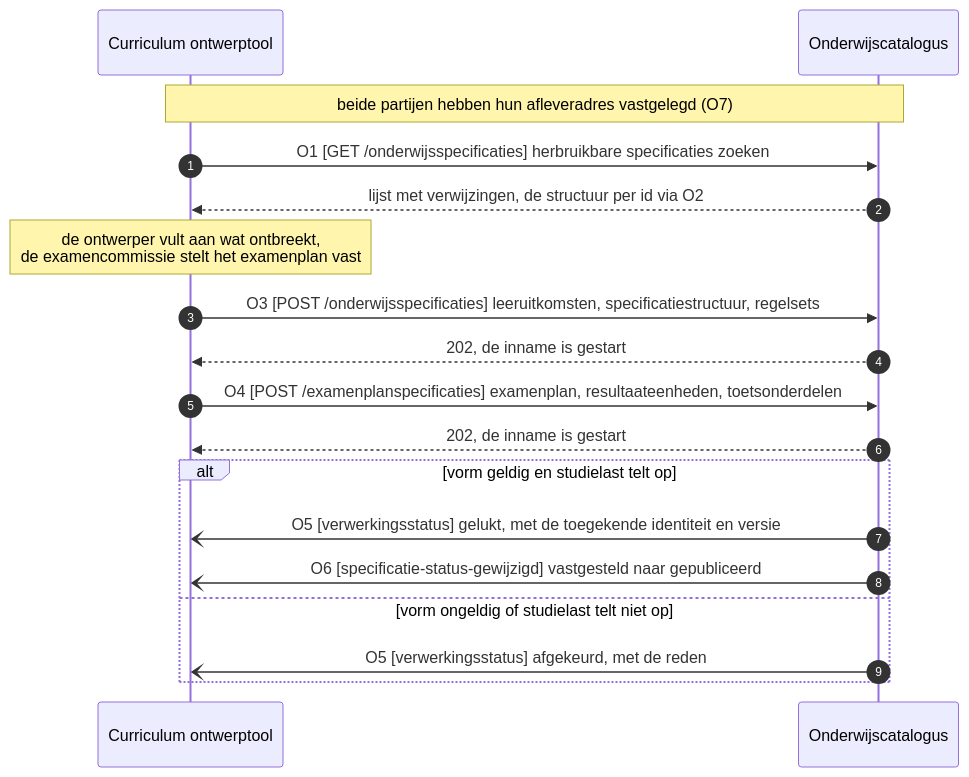
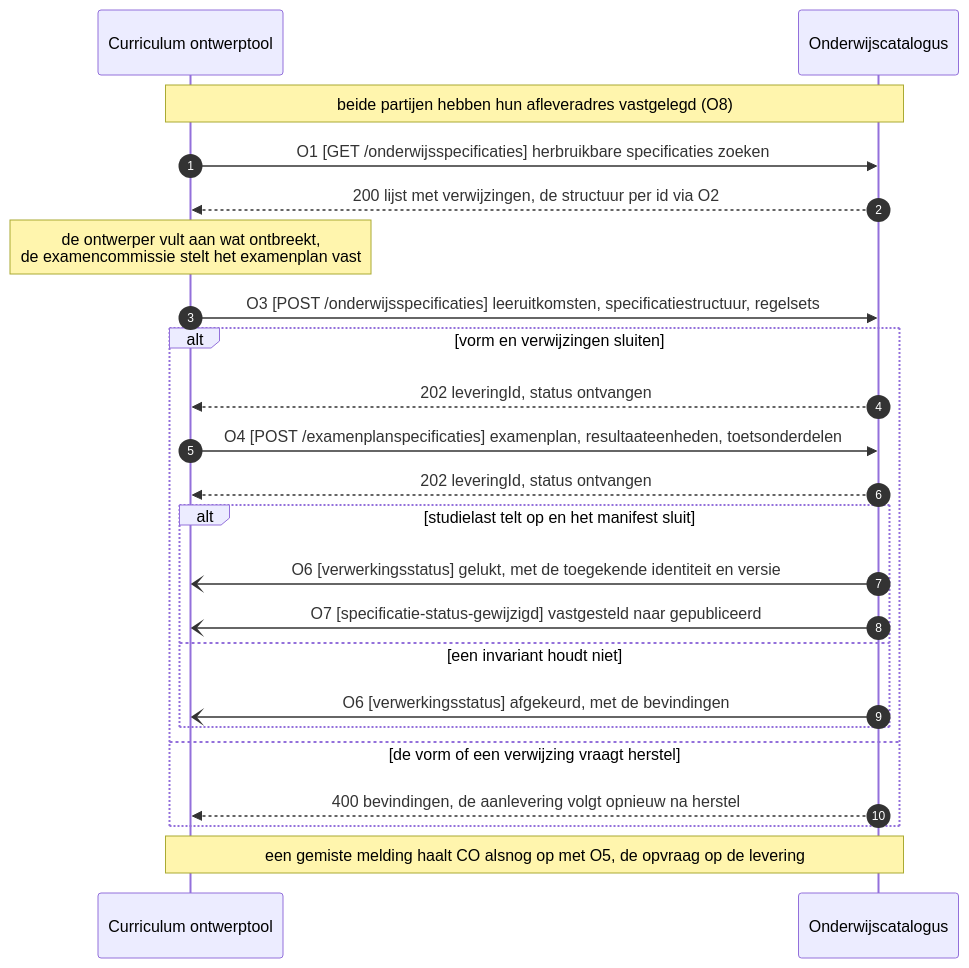
The diagram in architecture/docs/specificatie/interactie-onderwijsaanbod/stroom-is-oa-01.md (Npuls-OKx/meta), drawn with Mermaid before and after one commit. The commit also changed other lines of this file and 23 other files, not shown here.

````diff
--- a/architecture/docs/specificatie/interactie-onderwijsaanbod/stroom-is-oa-01.md
+++ b/architecture/docs/specificatie/interactie-onderwijsaanbod/stroom-is-oa-01.md
@@ -32,21 +39,26 @@
 ```mermaid
 sequenceDiagram
     autonumber
     participant CO as Curriculum ontwerptool
     participant OC as Onderwijscatalogus
 
-    Note over CO,OC: beide partijen hebben hun afleveradres vastgelegd (O7)
+    Note over CO,OC: beide partijen hebben hun afleveradres vastgelegd (O8)
     CO->>OC: O1 [GET /onderwijsspecificaties] herbruikbare specificaties zoeken
-    OC-->>CO: lijst met verwijzingen, de structuur per id via O2
+    OC-->>CO: 200 lijst met verwijzingen, de structuur per id via O2
     Note over CO: de ontwerper vult aan wat ontbreekt,<br/>de examencommissie stelt het examenplan vast
     CO->>OC: O3 [POST /onderwijsspecificaties] leeruitkomsten, specificatiestructuur, regelsets
-    OC-->>CO: 202, de inname is gestart
-    CO->>OC: O4 [POST /examenplanspecificaties] examenplan, resultaateenheden, toetsonderdelen
-    OC-->>CO: 202, de inname is gestart
-    alt vorm geldig en studielast telt op
-        OC-)CO: O5 [verwerkingsstatus] gelukt, met de toegekende identiteit en versie
-        OC-)CO: O6 [specificatie-status-gewijzigd] vastgesteld naar gepubliceerd
-    else vorm ongeldig of studielast telt niet op
-        OC-)CO: O5 [verwerkingsstatus] afgekeurd, met de reden
+    alt vorm en verwijzingen sluiten
+        OC-->>CO: 202 leveringId, status ontvangen
+        CO->>OC: O4 [POST /examenplanspecificaties] examenplan, resultaateenheden, toetsonderdelen
+        OC-->>CO: 202 leveringId, status ontvangen
+        alt studielast telt op en het manifest sluit
+            OC-)CO: O6 [verwerkingsstatus] gelukt, met de toegekende identiteit en versie
+            OC-)CO: O7 [specificatie-status-gewijzigd] vastgesteld naar gepubliceerd
+        else een invariant houdt niet
+            OC-)CO: O6 [verwerkingsstatus] afgekeurd, met de bevindingen
+        end
+    else de vorm of een verwijzing vraagt herstel
+        OC-->>CO: 400 bevindingen, de aanlevering volgt opnieuw na herstel
     end
+    Note over CO,OC: een gemiste melding haalt CO alsnog op met O5, de opvraag op de levering
 ```
````
